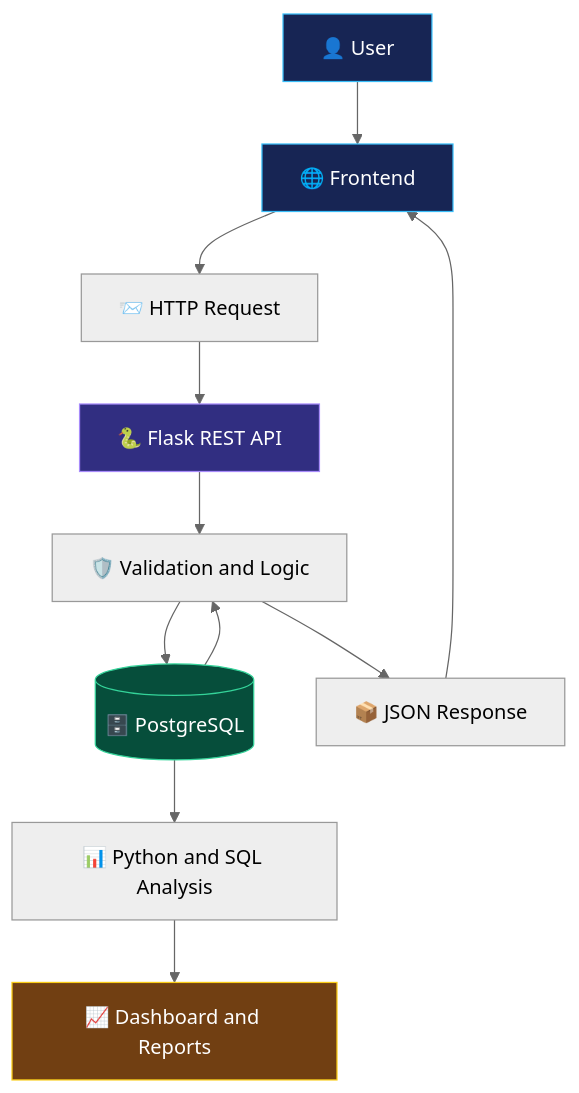
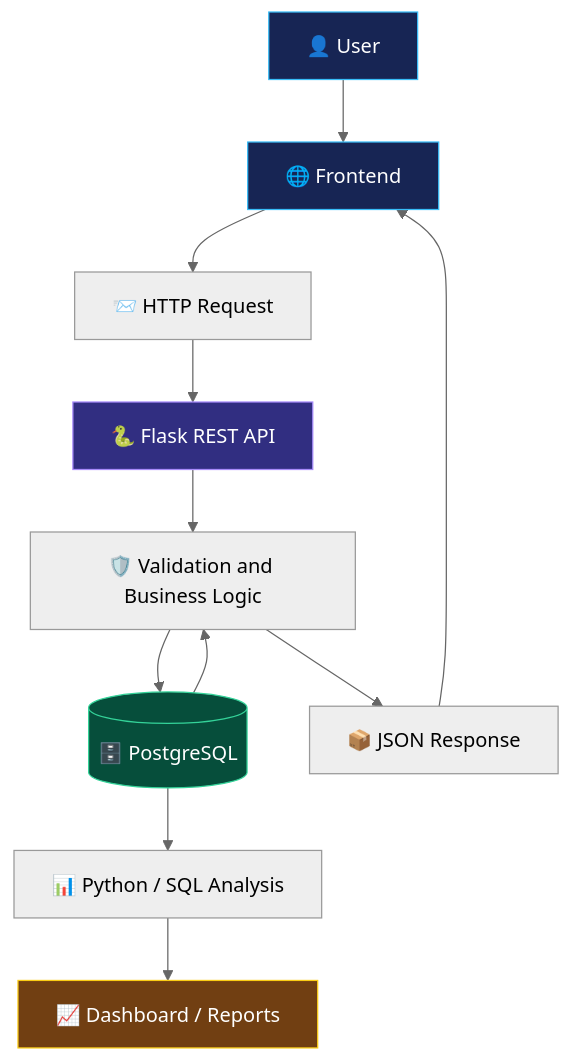
Before and after one commit to kanishkailango/kanishkailango: the diagram in README.md, drawn with Mermaid (neutral theme). The commit also changed other lines of this file, not shown here.

````diff
--- a/README.md
+++ b/README.md
@@ -415,19 +351,19 @@
 ```mermaid
 flowchart TD
     A["👤 User"] --> B["🌐 Frontend"]
     B --> C["📨 HTTP Request"]
     C --> D["🐍 Flask REST API"]
-    D --> E["🛡️ Validation and Logic"]
+    D --> E["🛡️ Validation and Business Logic"]
     E --> F[("🗄️ PostgreSQL")]
     F --> E
     E --> G["📦 JSON Response"]
     G --> B
-    F --> H["📊 Python and SQL Analysis"]
-    H --> I["📈 Dashboard and Reports"]
+    F --> H["📊 Python / SQL Analysis"]
+    H --> I["📈 Dashboard / Reports"]
 
     style A fill:#172554,stroke:#38bdf8,color:#fff
     style B fill:#172554,stroke:#38bdf8,color:#fff
     style D fill:#312e81,stroke:#a78bfa,color:#fff
     style F fill:#064e3b,stroke:#34d399,color:#fff
     style I fill:#713f12,stroke:#facc15,color:#fff
 ```
````
